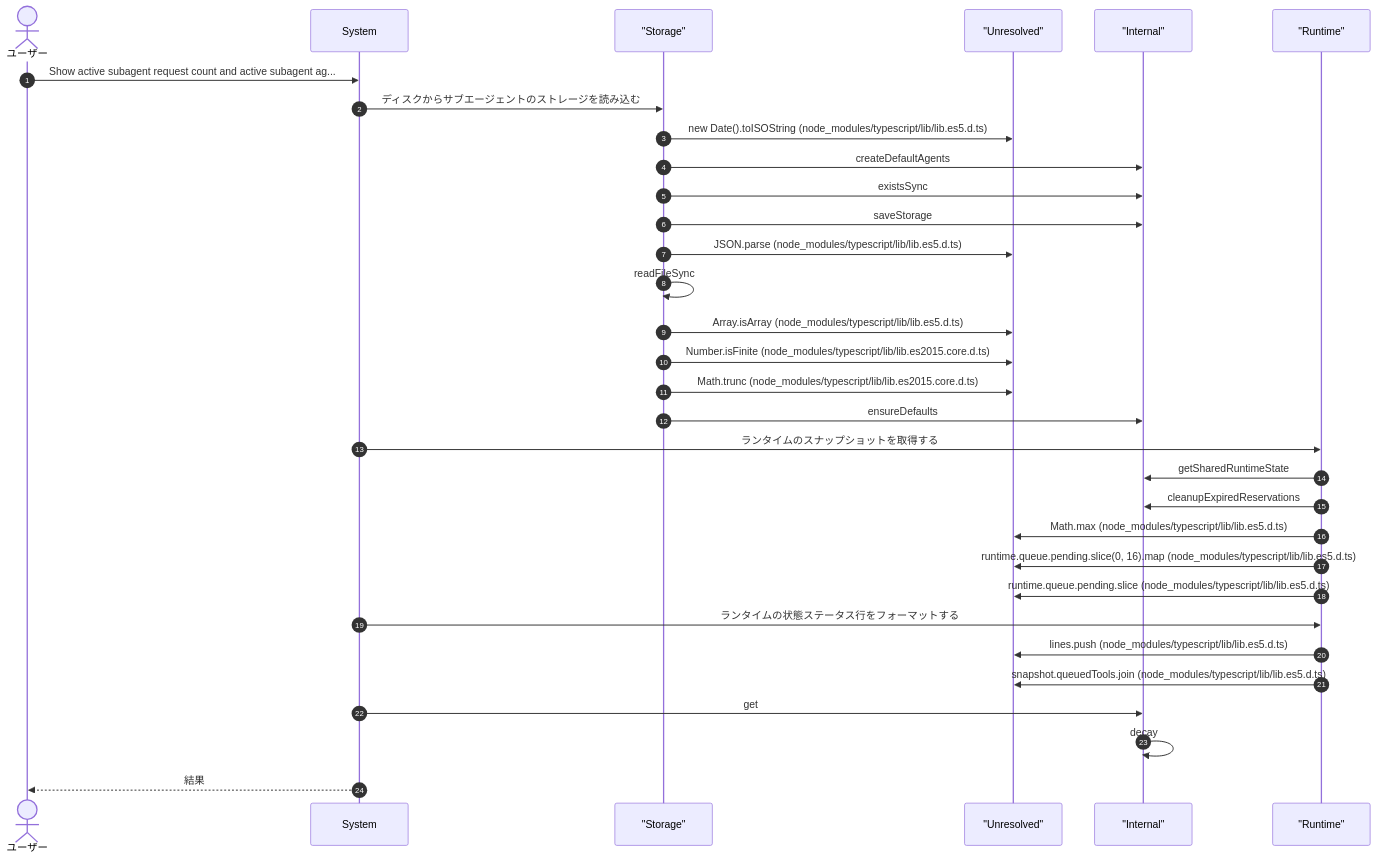
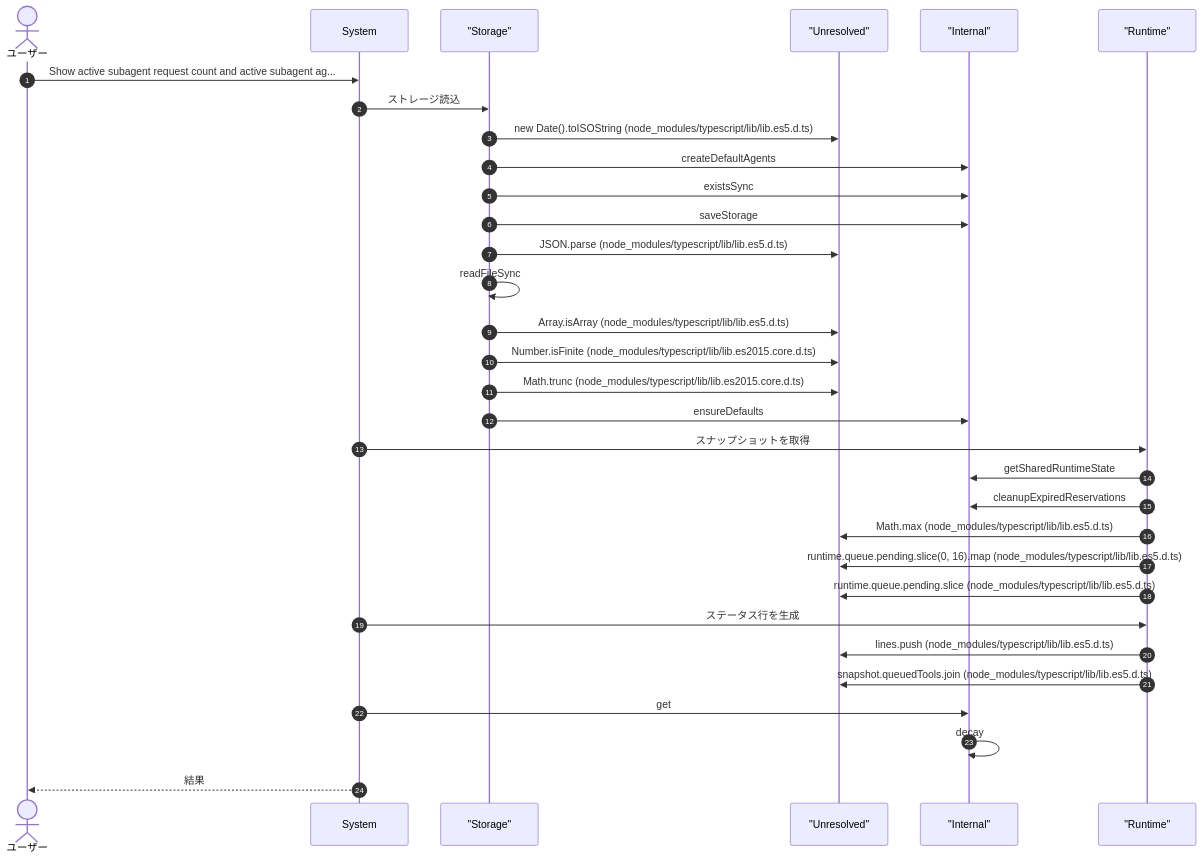
Before and after one commit to Mekann2904/mekann: the sixth of 10 diagrams in ABDD/.pi/extensions/subagents.md, drawn with Mermaid. The commit also changed other lines of this file and 212 other files, not shown here.

````diff
--- a/ABDD/.pi/extensions/subagents.md
+++ b/ABDD/.pi/extensions/subagents.md
@@ -495,36 +495,36 @@
 ```mermaid
 sequenceDiagram
   autonumber
   actor User as ユーザー
   participant System as System
   participant Storage as "Storage"
   participant Unresolved as "Unresolved"
   participant Internal as "Internal"
   participant Runtime as "Runtime"
 
   User->>System: Show active subagent request count and active subagent ag...
-  System->>Storage: ディスクからサブエージェントのストレージを読み込む
+  System->>Storage: ストレージ読込
   Storage->>Unresolved: new Date().toISOString (node_modules/typescript/lib/lib.es5.d.ts)
   Storage->>Internal: createDefaultAgents
   Storage->>Internal: existsSync
   Storage->>Internal: saveStorage
   Storage->>Unresolved: JSON.parse (node_modules/typescript/lib/lib.es5.d.ts)
   Storage->>Storage: readFileSync
   Storage->>Unresolved: Array.isArray (node_modules/typescript/lib/lib.es5.d.ts)
   Storage->>Unresolved: Number.isFinite (node_modules/typescript/lib/lib.es2015.core.d.ts)
   Storage->>Unresolved: Math.trunc (node_modules/typescript/lib/lib.es2015.core.d.ts)
   Storage->>Internal: ensureDefaults
-  System->>Runtime: ランタイムのスナップショットを取得する
+  System->>Runtime: スナップショットを取得
   Runtime->>Internal: getSharedRuntimeState
   Runtime->>Internal: cleanupExpiredReservations
   Runtime->>Unresolved: Math.max (node_modules/typescript/lib/lib.es5.d.ts)
   Runtime->>Unresolved: runtime.queue.pending.slice(0, 16).map (node_modules/typescript/lib/lib.es5.d.ts)
   Runtime->>Unresolved: runtime.queue.pending.slice (node_modules/typescript/lib/lib.es5.d.ts)
-  System->>Runtime: ランタイムの状態ステータス行をフォーマットする
+  System->>Runtime: ステータス行を生成
   Runtime->>Unresolved: lines.push (node_modules/typescript/lib/lib.es5.d.ts)
   Runtime->>Unresolved: snapshot.queuedTools.join (node_modules/typescript/lib/lib.es5.d.ts)
   System->>Internal: get
   Internal->>Internal: decay
   System-->>User: 結果
 
 ```
````
